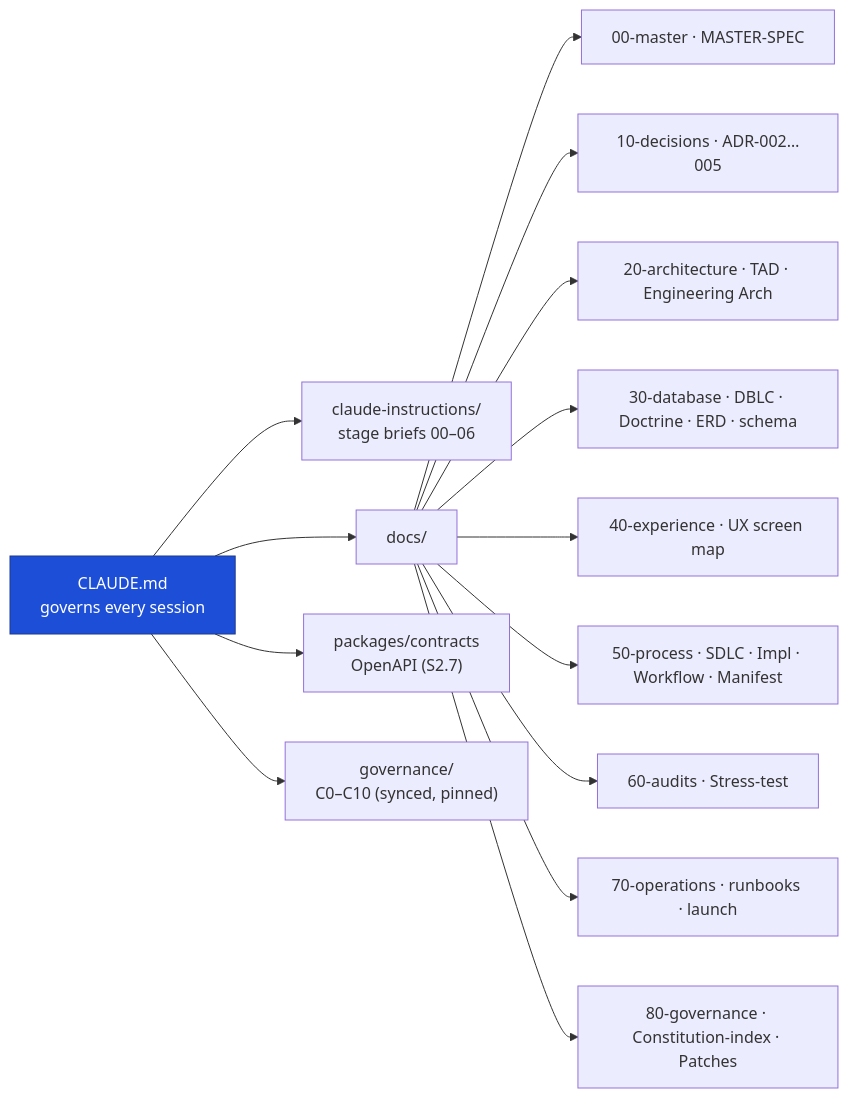
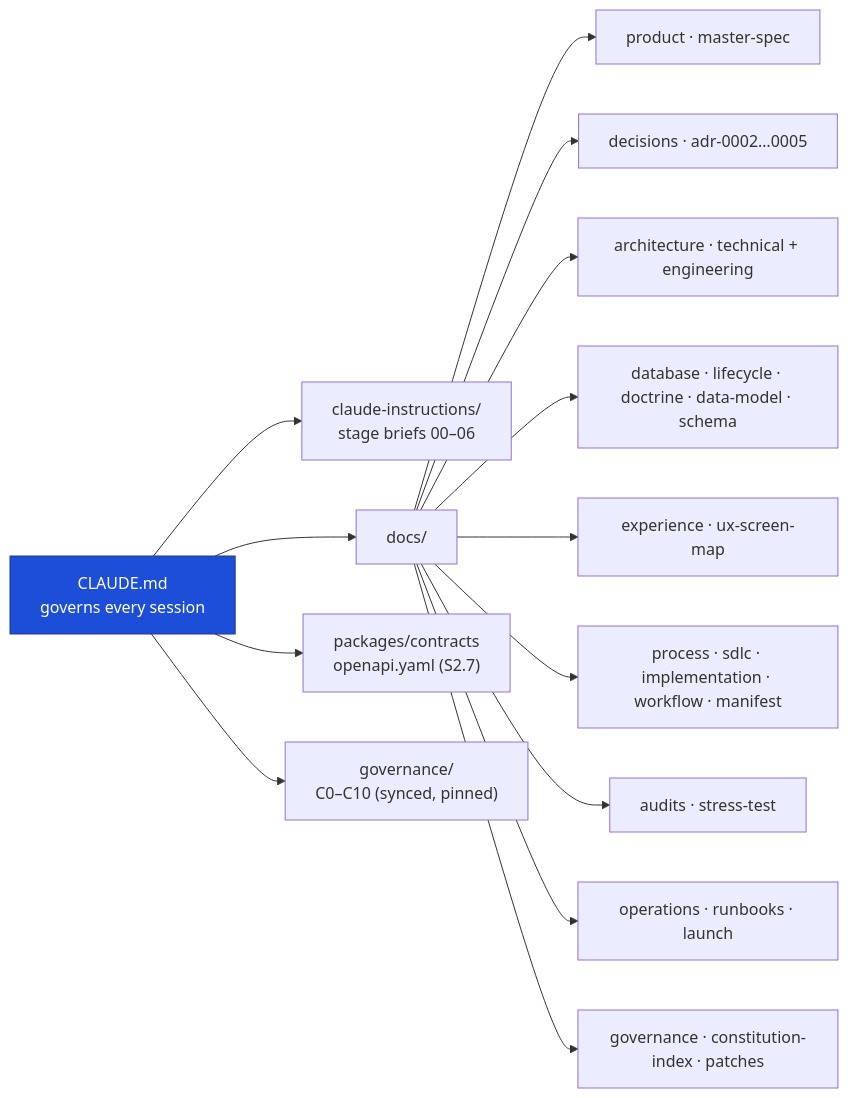
The second of 2 diagrams in docs/README.md (KSDRILL-SA/fundslink-Academy), drawn with Mermaid before and after one commit. The commit also changed other lines of this file and 34 other files, not shown here.

````diff
--- a/docs/README.md
+++ b/docs/README.md
@@ -34,19 +55,19 @@
 ```mermaid
 graph LR
   ROOT["CLAUDE.md<br/>governs every session"]
   ROOT --> CI["claude-instructions/<br/>stage briefs 00–06"]
   ROOT --> DOCS["docs/"]
-  ROOT --> PKG["packages/contracts<br/>OpenAPI (S2.7)"]
+  ROOT --> PKG["packages/contracts<br/>openapi.yaml (S2.7)"]
   ROOT --> GV["governance/<br/>C0–C10 (synced, pinned)"]
-  DOCS --> M["00-master · MASTER-SPEC"]
-  DOCS --> DEC["10-decisions · ADR-002…005"]
-  DOCS --> ARCH["20-architecture · TAD · Engineering Arch"]
-  DOCS --> DB["30-database · DBLC · Doctrine · ERD · schema"]
-  DOCS --> UX["40-experience · UX screen map"]
-  DOCS --> PROC["50-process · SDLC · Impl · Workflow · Manifest"]
-  DOCS --> AUD["60-audits · Stress-test"]
-  DOCS --> OPS["70-operations · runbooks · launch"]
-  DOCS --> GOV["80-governance · Constitution-index · Patches"]
+  DOCS --> M["product · master-spec"]
+  DOCS --> DEC["decisions · adr-0002…0005"]
+  DOCS --> ARCH["architecture · technical + engineering"]
+  DOCS --> DB["database · lifecycle · doctrine · data-model · schema"]
+  DOCS --> UX["experience · ux-screen-map"]
+  DOCS --> PROC["process · sdlc · implementation · workflow · manifest"]
+  DOCS --> AUD["audits · stress-test"]
+  DOCS --> OPS["operations · runbooks · launch"]
+  DOCS --> GOV["governance · constitution-index · patches"]
   classDef r fill:#1d4ed8,color:#fff,stroke:#1e3a8a;
   class ROOT r;
 ```
````
